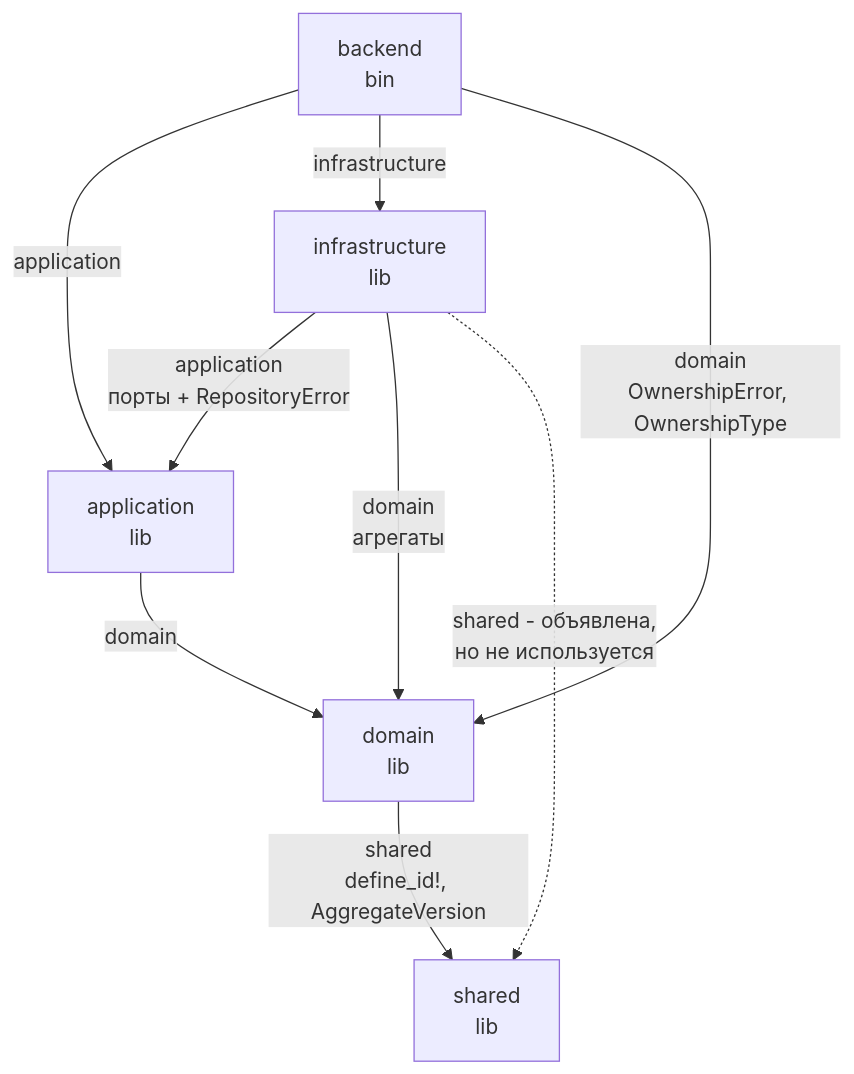
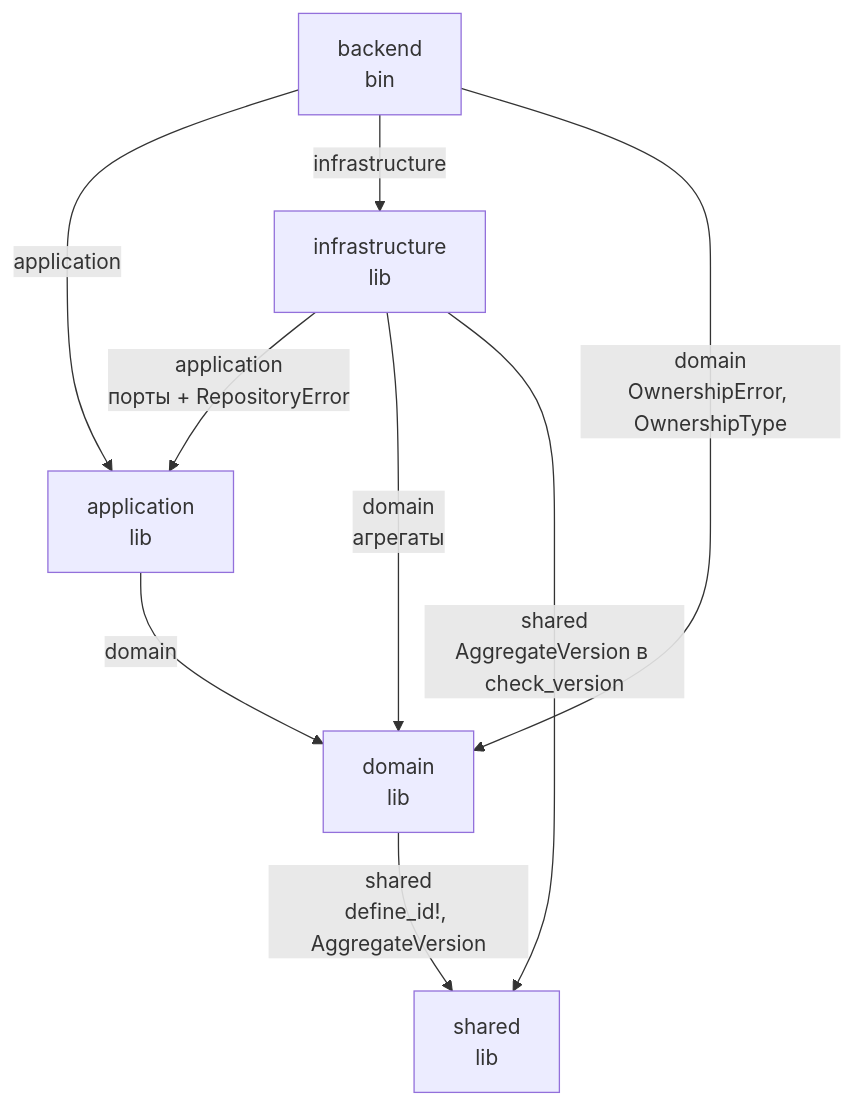
One commit to DeathRustZzZ/PitGO changed the first of 2 diagrams in docs/architecture/06_dependency_graph.md. Above: the diagram before and after it, drawn with Mermaid. The commit also changed other lines of this file and 12 other files, not shown here.

Commit message:
test(backend): add api error mapping tests and updated diagrams

````diff
--- a/docs/architecture/06_dependency_graph.md
+++ b/docs/architecture/06_dependency_graph.md
@@ -22,23 +22,23 @@
 ```mermaid
 flowchart TD
 
   BE["backend<br/>bin"]
   INF["infrastructure<br/>lib"]
   APP["application<br/>lib"]
   DOM["domain<br/>lib"]
   SH["shared<br/>lib"]
 
   BE -->|"application"| APP
   BE -->|"infrastructure"| INF
   BE -->|"domain<br/>OwnershipError, OwnershipType"| DOM
 
   INF -->|"application<br/>порты + RepositoryError"| APP
   INF -->|"domain<br/>агрегаты"| DOM
-  INF -.->|"shared - объявлена,<br/>но не используется"| SH
+  INF -->|"shared<br/>AggregateVersion в check_version"| SH
 
   APP -->|"domain"| DOM
 
   DOM -->|"shared<br/>define_id!, AggregateVersion"| SH
 
   classDef unusedEdge stroke-dasharray: 5 5
 ```
````
